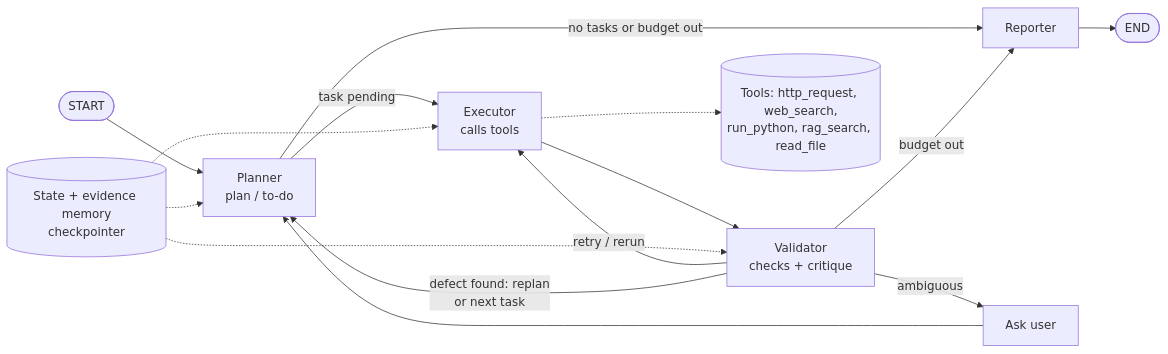
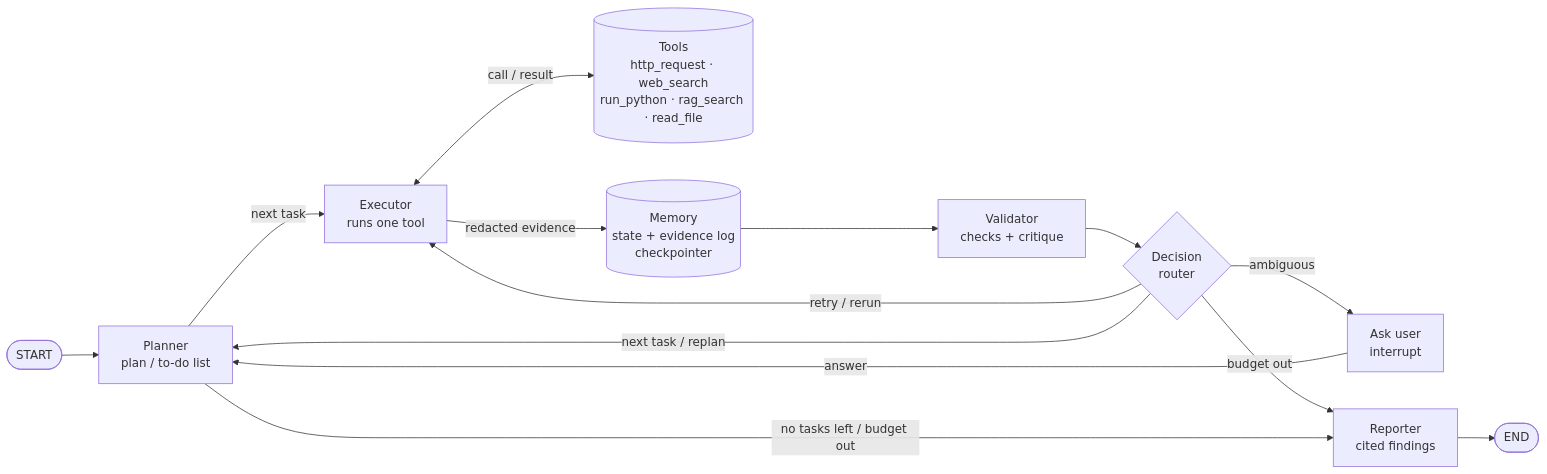
The diagram in docs/architecture.mmd (Enoch-Tadesse/Autonomous-API-Testing-Contract-Validatior), drawn with Mermaid before and after one commit. The commit also changed 13 other files, not shown here.

First line of the commit message:
Use every tool in real runs, add decision node and diagram PNG

```diff
--- a/docs/architecture.mmd
+++ b/docs/architecture.mmd
@@ -1,15 +1,14 @@
 flowchart LR
-    S([START]) --> P[Planner<br/>plan / to-do]
-    P -->|task pending| E[Executor<br/>calls tools]
-    P -->|no tasks or budget out| R[Reporter]
-    E --> V[Validator<br/>checks + critique]
-    E -.-> T[(Tools: http_request, web_search,<br/>run_python, rag_search, read_file)]
-    V -->|retry / rerun| E
-    V -->|defect found: replan<br/>or next task| P
-    V -->|ambiguous| A[Ask user]
-    A --> P
-    V -->|budget out| R
+    S([START]) --> P[Planner<br/>plan / to-do list]
+    P -->|next task| E[Executor<br/>runs one tool]
+    E <-->|call / result| T[(Tools<br/>http_request · web_search<br/>run_python · rag_search · read_file)]
+    E -->|redacted evidence| M[(Memory<br/>state + evidence log<br/>checkpointer)]
+    M --> V[Validator<br/>checks + critique]
+    V --> D{Decision<br/>router}
+    D -->|retry / rerun| E
+    D -->|next task / replan| P
+    D -->|ambiguous| A[Ask user<br/>interrupt]
+    A -->|answer| P
+    D -->|budget out| R[Reporter<br/>cited findings]
+    P -->|no tasks left / budget out| R
     R --> X([END])
-    M[(State + evidence memory<br/>checkpointer)] -.-> P
-    M -.-> E
-    M -.-> V
```
